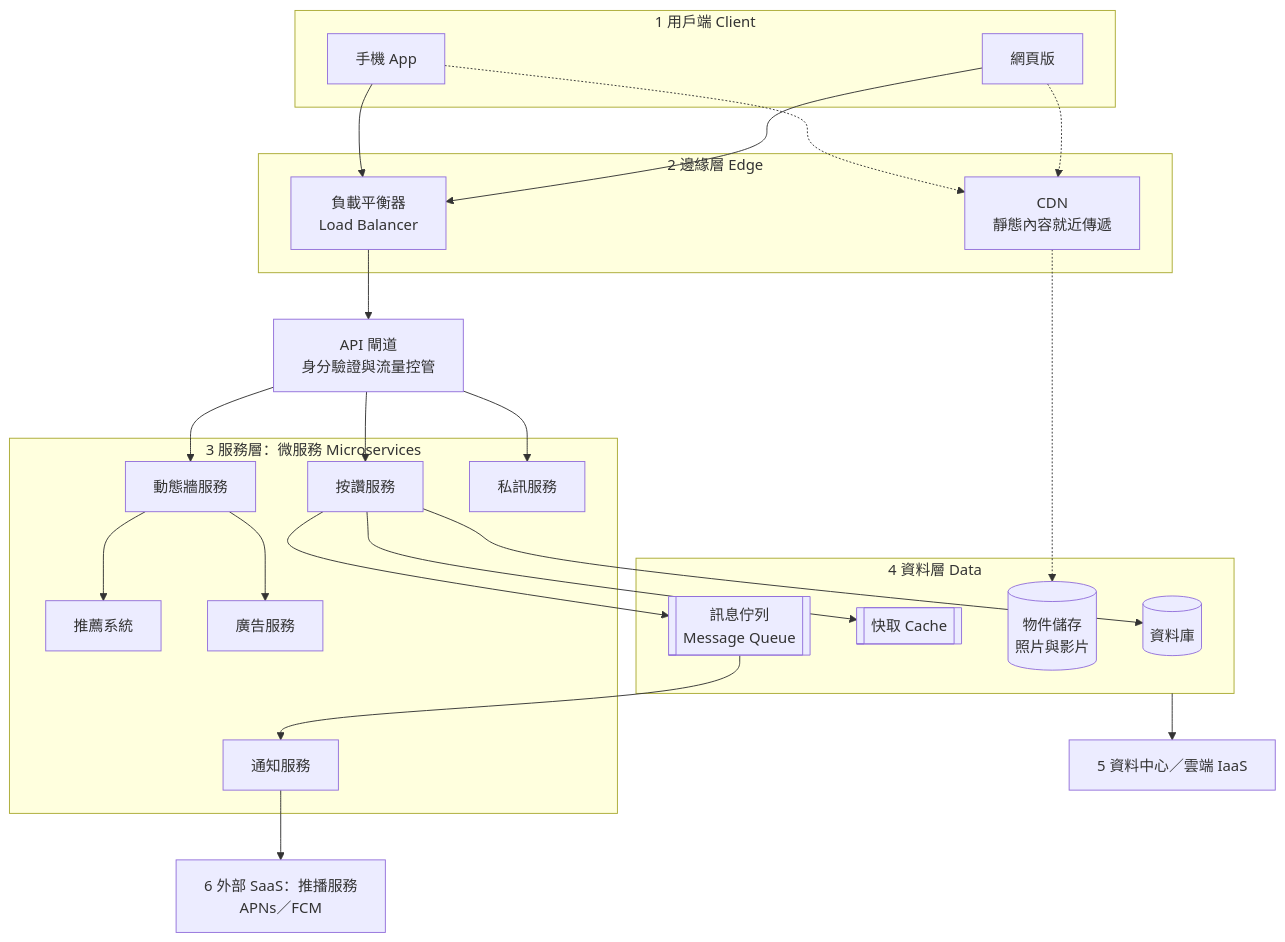
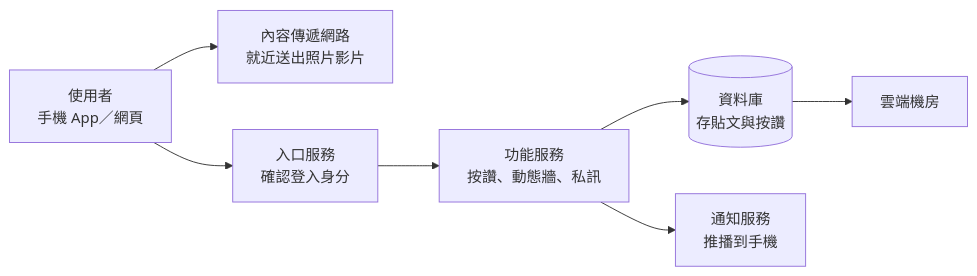
Before and after one commit to cychiang-ntpu/VibeNTPU: the diagram in README.md, drawn with Mermaid. The commit also changed other lines of this file and 41 other files, not shown here.

````diff
--- a/README.md
+++ b/README.md
@@ -64,34 +41,9 @@
 ```mermaid
-flowchart TB
-    subgraph C["1 用戶端 Client"]
-        APP["手機 App"]
-        WEB["網頁版"]
-    end
-    subgraph E["2 邊緣層 Edge"]
-        CDN["CDN<br/>靜態內容就近傳遞"]
-        LB["負載平衡器<br/>Load Balancer"]
-    end
-    GW["API 閘道<br/>身分驗證與流量控管"]
-    subgraph S["3 服務層：微服務 Microservices"]
-        LIKE["按讚服務"]
-        FEED["動態牆服務"]
-        DM["私訊服務"]
-        REC["推薦系統"]
-        ADS["廣告服務"]
-        NOTI["通知服務"]
-    end
-    subgraph D["4 資料層 Data"]
-        DB[("資料庫")]
-        CACHE[["快取 Cache"]]
-        OBJ[("物件儲存<br/>照片與影片")]
-        MQ[["訊息佇列<br/>Message Queue"]]
-    end
-    DC["5 資料中心／雲端 IaaS"]
-    PUSH["6 外部 SaaS：推播服務<br/>APNs／FCM"]
-    APP & WEB --> LB --> GW --> LIKE & FEED & DM
-    APP & WEB -.-> CDN -.-> OBJ
-    FEED --> REC & ADS
-    LIKE --> DB & CACHE & MQ
-    MQ --> NOTI --> PUSH
-    D --> DC
+flowchart LR
+    U["使用者<br/>手機 App／網頁"] --> CDN["內容傳遞網路<br/>就近送出照片影片"]
+    U --> GW["入口服務<br/>確認登入身分"]
+    GW --> SVC["功能服務<br/>按讚、動態牆、私訊"]
+    SVC --> DB[("資料庫<br/>存貼文與按讚")]
+    SVC --> NOTI["通知服務<br/>推播到手機"]
+    DB --> CLOUD["雲端機房"]
 ```
````
